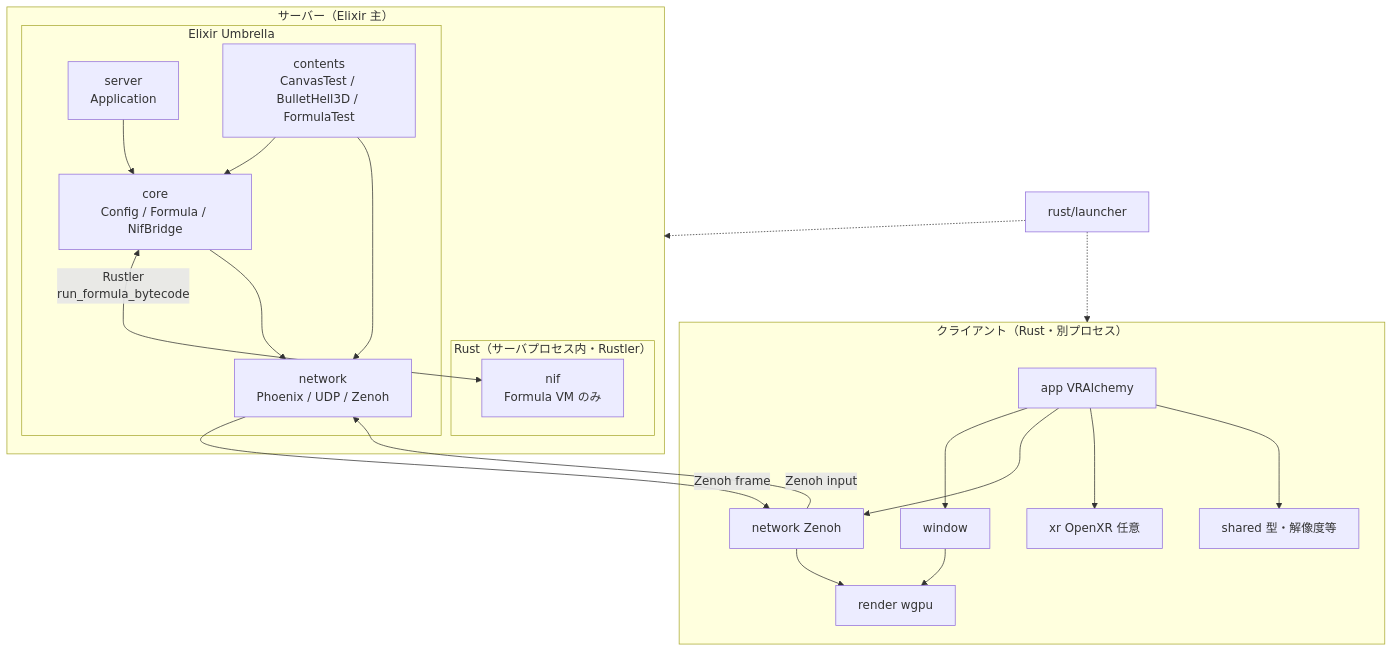
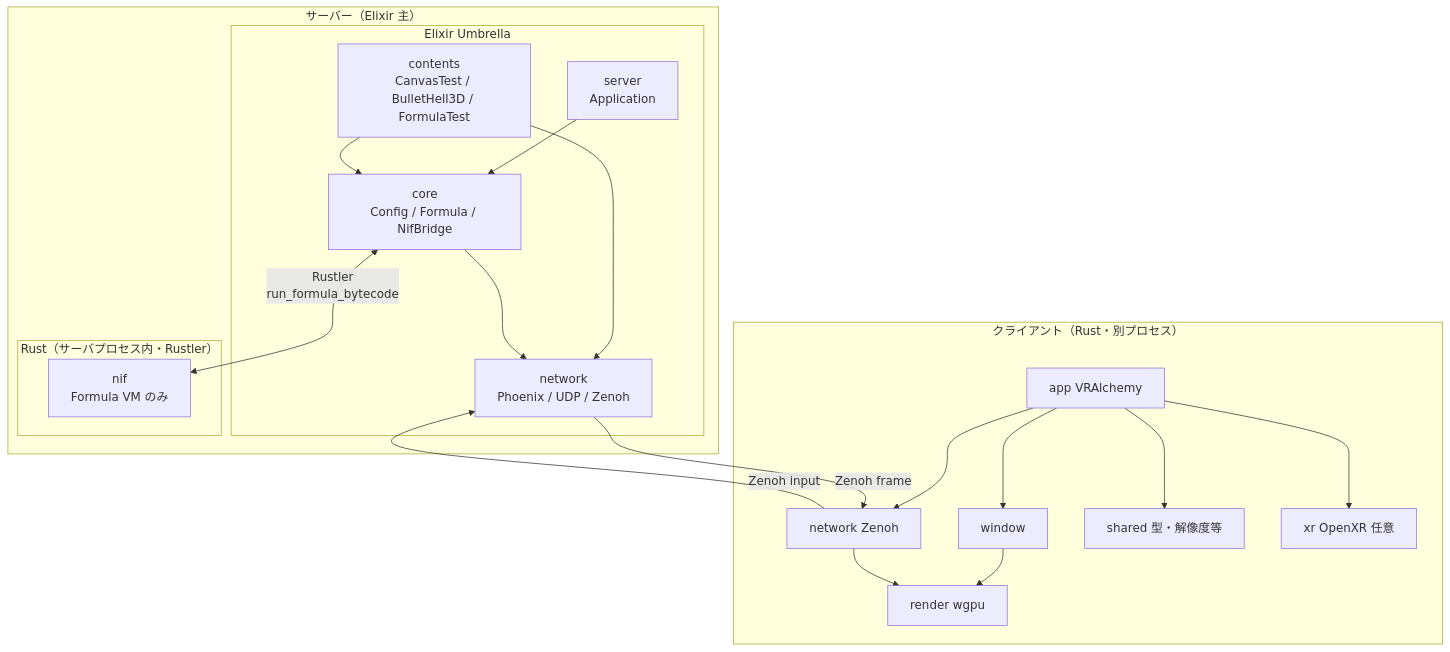
Before and after one commit to FRICK-ELDY/alchemy-engine: the first of 9 diagrams in docs/architecture/overview.md, drawn with Mermaid. The commit also changed other lines of this file, not shown here.

Commit message:
docs: architecture overviewをlauncher非依存の起動構成に更新

````diff
--- a/docs/architecture/overview.md
+++ b/docs/architecture/overview.md
@@ -29,41 +29,37 @@
 ```mermaid
 graph TB
     subgraph Server["サーバー（Elixir 主）"]
         subgraph Elixir["Elixir Umbrella"]
             GS[server<br/>Application]
             GE[core<br/>Config / Formula / NifBridge]
             GC["contents<br/>CanvasTest / BulletHell3D / FormulaTest"]
             GN[network<br/>Phoenix / UDP / Zenoh]
         end
         subgraph RustServer["Rust（サーバプロセス内・Rustler）"]
             GNIF["nif<br/>Formula VM のみ"]
         end
         GS --> GE
         GC --> GE
         GE <-->|Rustler<br/>run_formula_bytecode| GNIF
         GC --> GN
         GE --> GN
     end
 
     subgraph Client["クライアント（Rust・別プロセス）"]
         APP[app VRAlchemy]
         WIN[window]
         REND[render wgpu]
         NETC[network Zenoh]
         SH[shared 型・解像度等]
         XR[xr OpenXR 任意]
         APP --> WIN
         APP --> NETC
         APP --> XR
         WIN --> REND
         NETC --> REND
         APP --> SH
     end
 
-    LAUNCHER[rust/launcher]
-
     GN -->|Zenoh frame| NETC
     NETC -->|Zenoh input| GN
-    LAUNCHER -.-> Server
-    LAUNCHER -.-> Client
 ```
````
